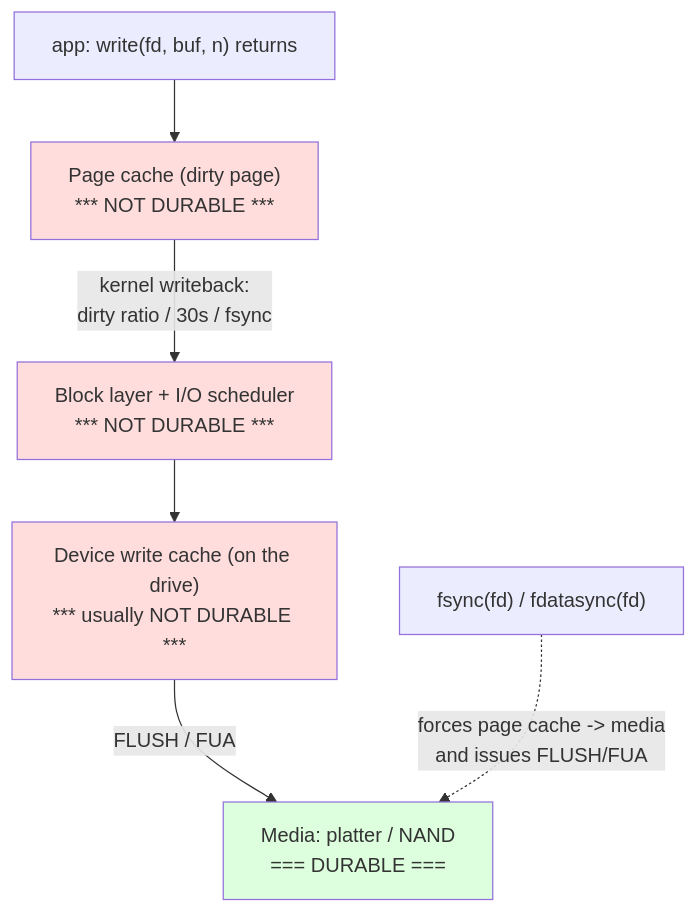
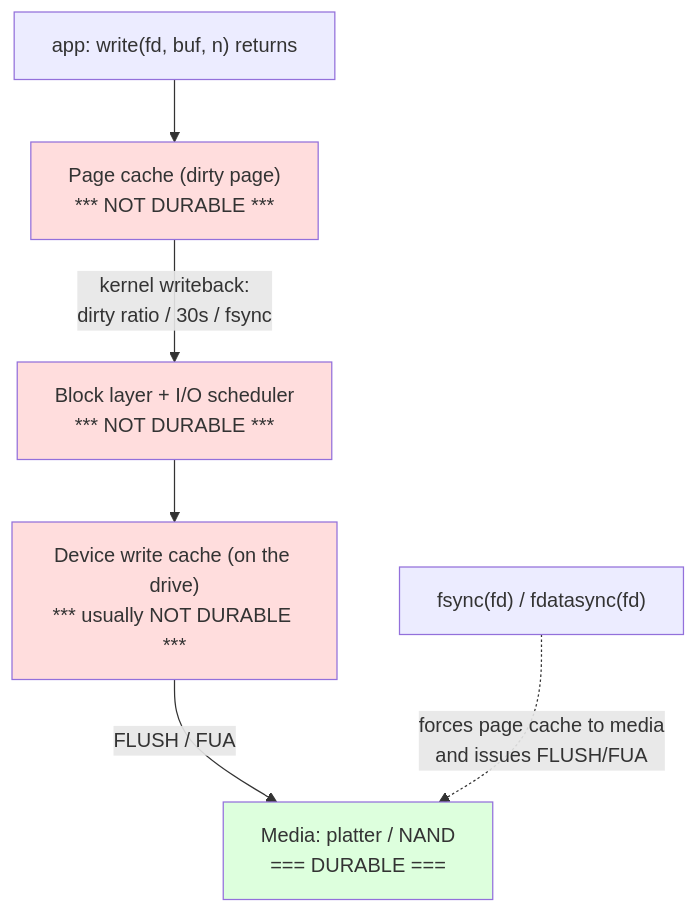
The fourth of 4 diagrams in vol-02-operating-systems-linux/ch06-filesystems-vfs.md (bumbsclaw/textbooks), drawn with Mermaid before and after one commit.

Commit message:
Vol 2 Ch 6: copy-edit pass (filesystems/VFS)
Claude-Session: https://claude.ai/code/session_01HVGL9hJtajWq1ezymt6eAU

````diff
--- a/vol-02-operating-systems-linux/ch06-filesystems-vfs.md
+++ b/vol-02-operating-systems-linux/ch06-filesystems-vfs.md
@@ -401,12 +401,12 @@
 ```mermaid
 flowchart TB
     APP["app: write(fd, buf, n) returns"] --> PC["Page cache (dirty page)<br/>*** NOT DURABLE ***"]
     PC -->|kernel writeback:<br/>dirty ratio / 30s / fsync| BL["Block layer + I/O scheduler<br/>*** NOT DURABLE ***"]
     BL --> DC["Device write cache (on the drive)<br/>*** usually NOT DURABLE ***"]
     DC -->|FLUSH / FUA| MEDIA["Media: platter / NAND<br/>=== DURABLE ==="]
-    FS["fsync(fd) / fdatasync(fd)"] -.->|forces page cache -> media<br/>and issues FLUSH/FUA| MEDIA
+    FS["fsync(fd) / fdatasync(fd)"] -.->|forces page cache to media<br/>and issues FLUSH/FUA| MEDIA
     style PC fill:#fdd
     style BL fill:#fdd
     style DC fill:#fdd
     style MEDIA fill:#dfd
 ```
````
